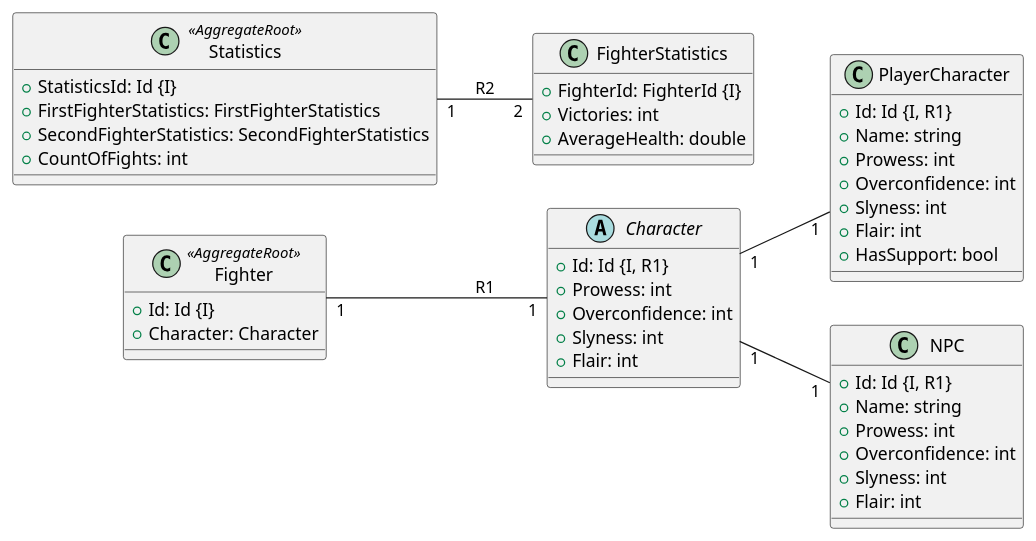
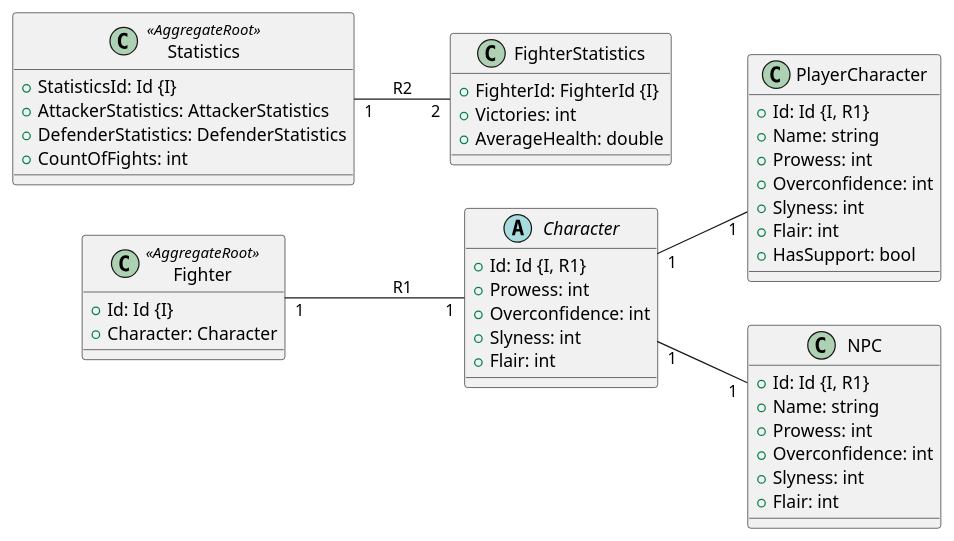
Before and after one commit to RedCitrus5254/WhimFights: the diagram in Docs/WhimTests.md, drawn with PlantUML. The commit also changed other lines of this file and 3 other files, not shown here.

````diff
--- a/Docs/WhimTests.md
+++ b/Docs/WhimTests.md
@@ -50,54 +49,54 @@
 ```plantuml
 left to right direction
 
 class Fighter<<AggregateRoot>> {
     + Id: Id {I}
     + Character: Character
 }
 
  abstract class Character {
     + Id: Id {I, R1}
     + Prowess: int
     + Overconfidence: int
     + Slyness: int
     + Flair: int
 }
 
 class PlayerCharacter {
     + Id: Id {I, R1}
     + Name: string
     + Prowess: int
     + Overconfidence: int
     + Slyness: int
     + Flair: int
     + HasSupport: bool
 }
 
 class NPC {
     + Id: Id {I, R1}
     + Name: string
     + Prowess: int
     + Overconfidence: int
     + Slyness: int
     + Flair: int
 }
 
 class Statistics<<AggregateRoot>> {
     + StatisticsId: Id {I}
-    + FirstFighterStatistics: FirstFighterStatistics
-    + SecondFighterStatistics: SecondFighterStatistics
+    + AttackerStatistics: AttackerStatistics
+    + DefenderStatistics: DefenderStatistics
     + CountOfFights: int
 }
 
 class FighterStatistics {
     + FighterId: FighterId {I}
     + Victories: int
     + AverageHealth: double
 }
 
 Character "1" -- "1" PlayerCharacter
 Character "1" -- "1" NPC
 Fighter "1" -- "1" Character : R1
 Statistics "1" -- "2" FighterStatistics : R2
 
 ```
````
